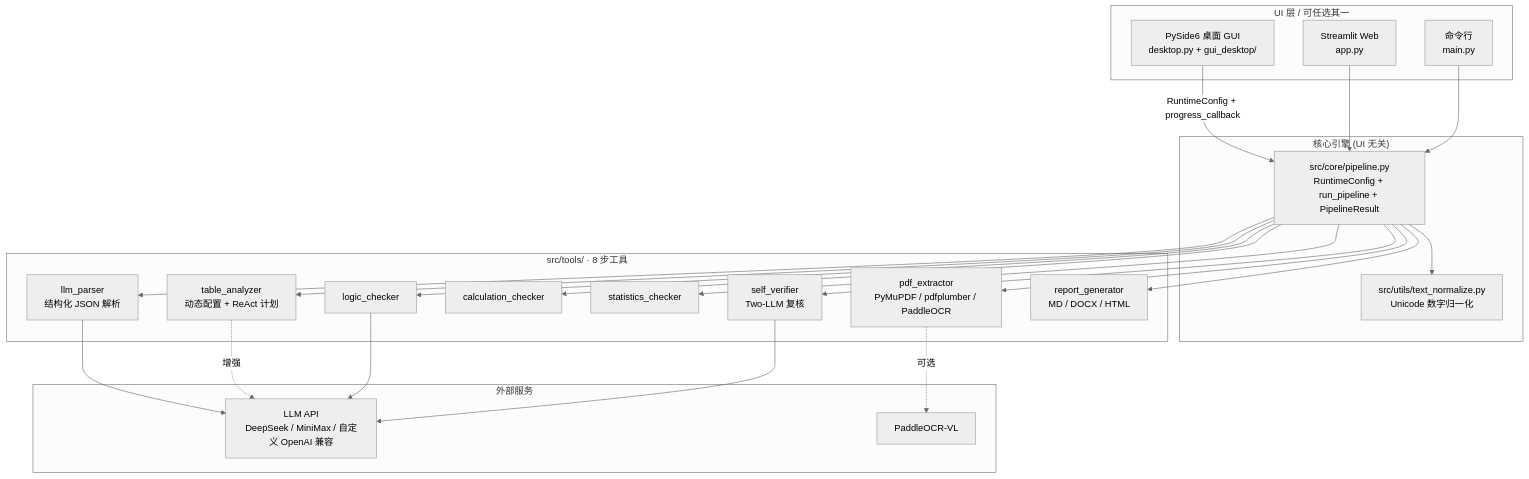
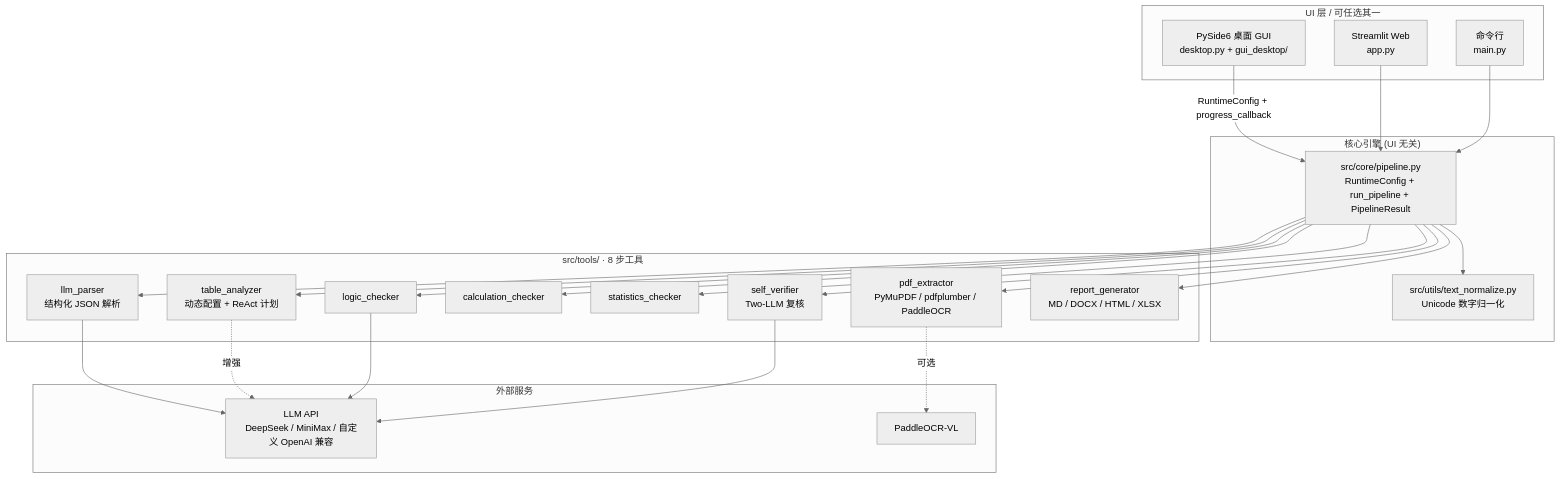
The first of 4 diagrams in README.md (gaaiyun/building-deformation-checker), drawn with Mermaid (neutral theme) before and after one commit. The commit also changed other lines of this file and 11 other files, not shown here.

````diff
--- a/README.md
+++ b/README.md
@@ -44,47 +44,47 @@
 ```mermaid
 flowchart TB
     subgraph UI["UI 层 / 可任选其一"]
         DESK["PySide6 桌面 GUI<br/>desktop.py + gui_desktop/"]
         WEB["Streamlit Web<br/>app.py"]
         CLI["命令行<br/>main.py"]
     end
 
     subgraph CORE["核心引擎 (UI 无关)"]
         PIPE["src/core/pipeline.py<br/>RuntimeConfig + run_pipeline + PipelineResult"]
         NORM["src/utils/text_normalize.py<br/>Unicode 数字归一化"]
     end
 
     subgraph TOOLS["src/tools/ · 8 步工具"]
         T1["pdf_extractor<br/>PyMuPDF / pdfplumber / PaddleOCR"]
         T2["llm_parser<br/>结构化 JSON 解析"]
         T3["table_analyzer<br/>动态配置 + ReAct 计划"]
         T4["calculation_checker"]
         T5["statistics_checker"]
         T6["logic_checker"]
         T7["self_verifier<br/>Two-LLM 复核"]
-        T8["report_generator<br/>MD / DOCX / HTML"]
+        T8["report_generator<br/>MD / DOCX / HTML / XLSX"]
     end
 
     subgraph EXT["外部服务"]
         LLM["LLM API<br/>DeepSeek / MiniMax / 自定义 OpenAI 兼容"]
         OCR["PaddleOCR-VL"]
     end
 
     DESK -->|"RuntimeConfig + progress_callback"| PIPE
     WEB --> PIPE
     CLI --> PIPE
     PIPE --> NORM
     PIPE --> T1
     PIPE --> T2
     PIPE --> T3
     PIPE --> T4
     PIPE --> T5
     PIPE --> T6
     PIPE --> T7
     PIPE --> T8
     T1 -.->|可选| OCR
     T2 --> LLM
     T3 -.->|增强| LLM
     T6 --> LLM
     T7 --> LLM
 ```
````
